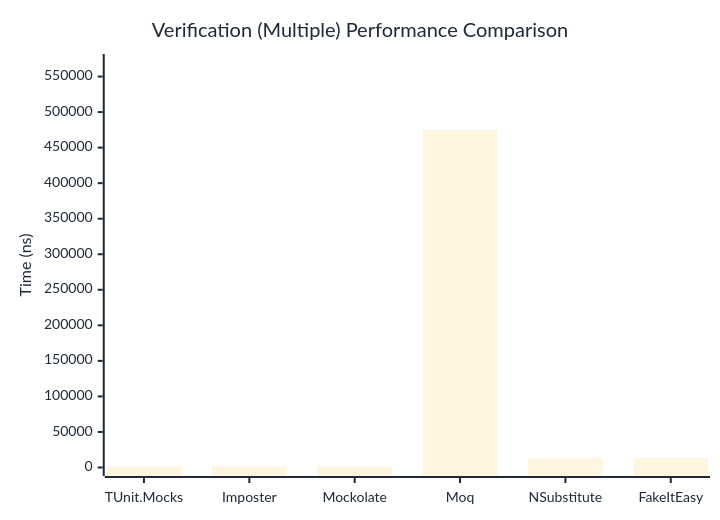
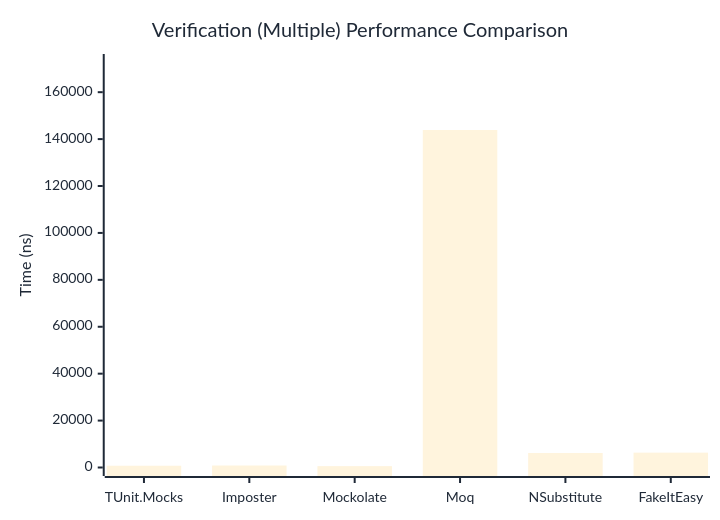
Before and after one commit to thomhurst/TUnit: the third of 3 diagrams in docs/docs/benchmarks/mocks/Verification.md, drawn with Mermaid. The commit also changed other lines of this file and 14 other files, not shown here.

````diff
--- a/docs/docs/benchmarks/mocks/Verification.md
+++ b/docs/docs/benchmarks/mocks/Verification.md
@@ -112,27 +112,27 @@
 ```mermaid
 %%{init: {
   'theme':'base',
   'themeVariables': {
     'primaryColor': '#2563eb',
     'primaryTextColor': '#1f2937',
     'primaryBorderColor': '#1e40af',
     'lineColor': '#6b7280',
     'secondaryColor': '#7c3aed',
     'tertiaryColor': '#dc2626',
     'background': '#ffffff',
     'pie1': '#2563eb',
     'pie2': '#7c3aed',
     'pie3': '#dc2626',
     'pie4': '#f59e0b',
     'pie5': '#10b981',
     'pie6': '#06b6d4',
     'pie7': '#ec4899',
     'pie8': '#6366f1'
   }
 }}%%
 xychart-beta
   title "Verification (Multiple) Performance Comparison"
   x-axis ["TUnit.Mocks", "Imposter", "Mockolate", "Moq", "NSubstitute", "FakeItEasy"]
-  y-axis "Time (ns)" 0 --> 569754
-  bar [1247.17, 1677.34, 1082.03, 474794.29, 12689.22, 13173.4]
+  y-axis "Time (ns)" 0 --> 172656
+  bar [754.96, 845.72, 581.5, 143879.25, 6179.63, 6329.99]
 ```
````
